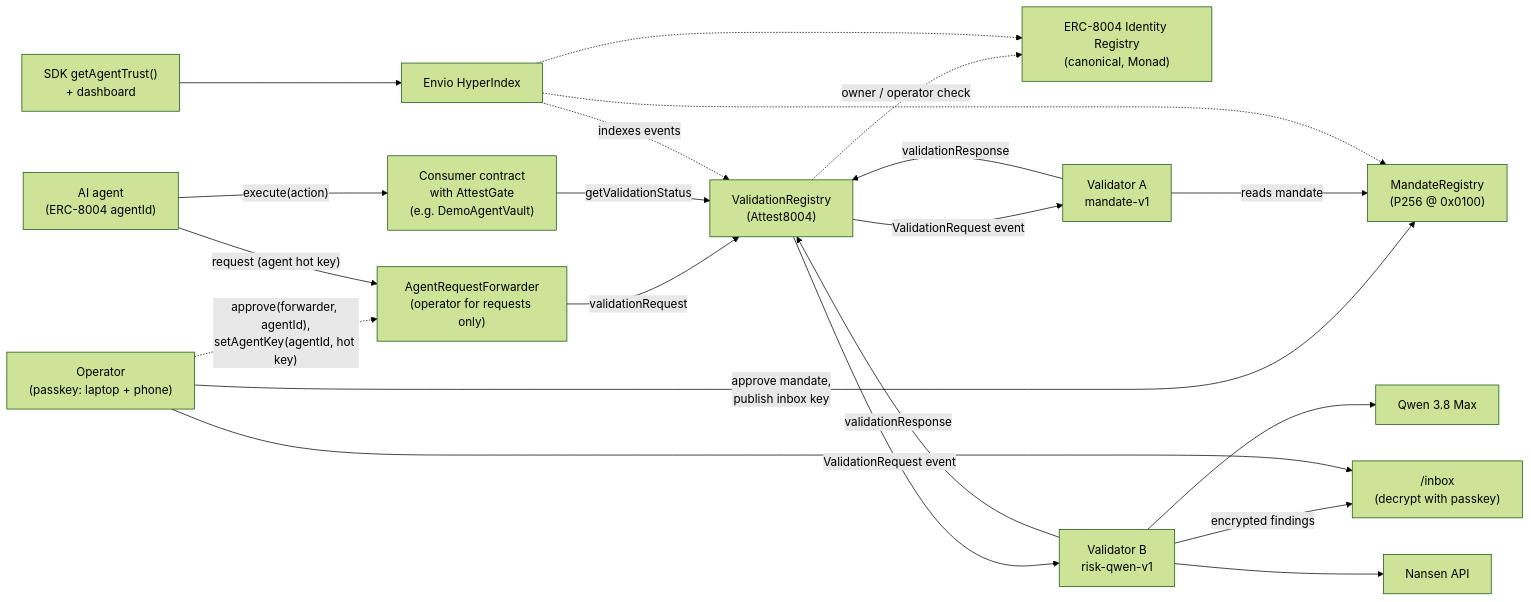
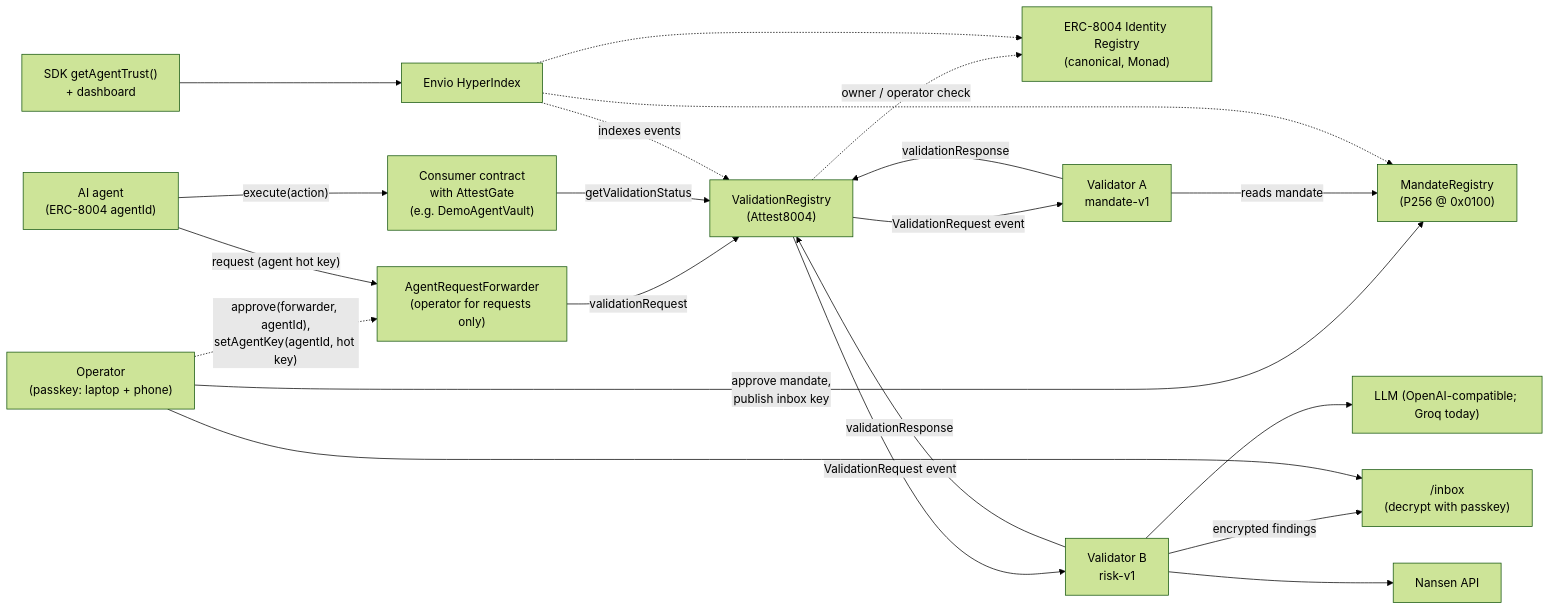
The first of 5 diagrams in ARCHITECTURE.md (AmitChowdary122/attest8004), drawn with Mermaid (forest theme) before and after one commit. The commit also changed other lines of this file and 15 other files, not shown here.

Commit message:
docs: drop Qwen; risk-v1 runs on any OpenAI-compatible endpoint (Groq today); LLM_* env; web app rpId

````diff
--- a/ARCHITECTURE.md
+++ b/ARCHITECTURE.md
@@ -28,38 +28,38 @@
 ```mermaid
 flowchart LR
   OP["Operator<br/>(passkey: laptop + phone)"]
   AG["AI agent<br/>(ERC-8004 agentId)"]
   ID["ERC-8004 Identity Registry<br/>(canonical, Monad)"]
   VR["ValidationRegistry<br/>(Attest8004)"]
   FW["AgentRequestForwarder<br/>(operator for requests only)"]
   MR["MandateRegistry<br/>(P256 @ 0x0100)"]
   VA["Validator A<br/>mandate-v1"]
-  VB["Validator B<br/>risk-qwen-v1"]
-  QW["Qwen 3.8 Max"]
+  VB["Validator B<br/>risk-v1"]
+  LLM["LLM (OpenAI-compatible; Groq today)"]
   NS["Nansen API"]
   GATE["Consumer contract<br/>with AttestGate<br/>(e.g. DemoAgentVault)"]
   IDX["Envio HyperIndex"]
   UI["SDK getAgentTrust()<br/>+ dashboard"]
   INBOX["/inbox<br/>(decrypt with passkey)"]
 
   OP -->|"approve mandate,<br/>publish inbox key"| MR
   OP -.->|"approve(forwarder, agentId),<br/>setAgentKey(agentId, hot key)"| FW
   AG -->|"request (agent hot key)"| FW
   FW -->|validationRequest| VR
   VR -.->|"owner / operator check"| ID
   VR -->|ValidationRequest event| VA
   VR -->|ValidationRequest event| VB
   VA -->|reads mandate| MR
-  VB --> QW
+  VB --> LLM
   VB --> NS
   VA -->|validationResponse| VR
   VB -->|validationResponse| VR
   AG -->|"execute(action)"| GATE
   GATE -->|getValidationStatus| VR
   VB -->|encrypted findings| INBOX
   OP --> INBOX
   IDX -.->|indexes events| VR
   IDX -.-> MR
   IDX -.-> ID
   UI --> IDX
 ```
````
